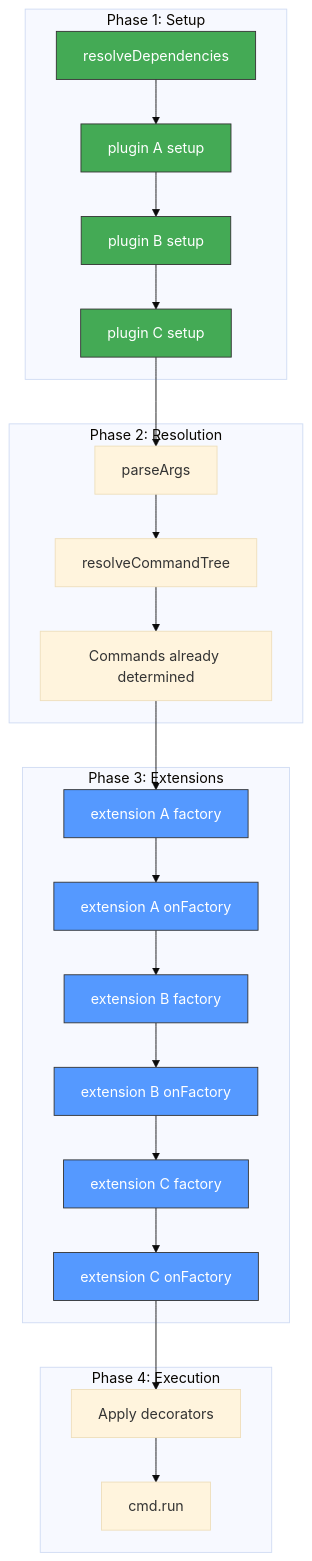
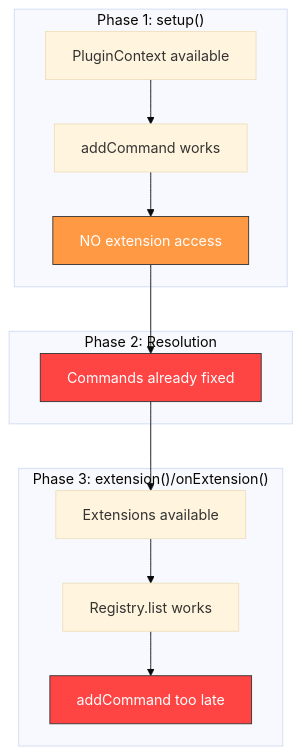
One commit to rektide/gunshi-mcp changed the fourth of 6 diagrams in doc/discovery/gunshi-lifecycle.md. Above: the diagram before and after it, drawn with Mermaid (base theme). The commit also changed other lines of this file, not shown here.

````diff
--- a/doc/discovery/gunshi-lifecycle.md
+++ b/doc/discovery/gunshi-lifecycle.md
@@ -146,40 +132,24 @@
 ```mermaid
 flowchart TB
-    subgraph "Phase 1: Setup"
-        A[resolveDependencies] --> B[plugin A setup]
-        B --> C[plugin B setup]
-        C --> D[plugin C setup]
+    subgraph "Phase 1: setup()"
+        A[PluginContext available]
+        B[addCommand works]
+        C[NO extension access]
     end
-
+    
     subgraph "Phase 2: Resolution"
-        E[parseArgs] --> F[resolveCommandTree]
-        F --> G[Commands already determined]
+        D[Commands already fixed]
     end
-
-    subgraph "Phase 3: Extensions"
-        H[extension A factory] --> I[extension A onFactory]
-        I --> J[extension B factory]
-        J --> K[extension B onFactory]
-        K --> L[extension C factory]
-        L --> M[extension C onFactory]
+    
+    subgraph "Phase 3: extension()/onExtension()"
+        E[Extensions available]
+        F[Registry.list works]
+        G[addCommand too late]
     end
-
-    subgraph "Phase 4: Execution"
-        N[Apply decorators] --> O[cmd.run]
-    end
-
-    D --> E
-    G --> H
-    M --> N
-
-    style A fill:#4a5,stroke:#333,color:#fff
-    style B fill:#4a5,stroke:#333,color:#fff
-    style C fill:#4a5,stroke:#333,color:#fff
-    style D fill:#4a5,stroke:#333,color:#fff
-    style H fill:#59f,stroke:#333,color:#fff
-    style I fill:#59f,stroke:#333,color:#fff
-    style J fill:#59f,stroke:#333,color:#fff
-    style K fill:#59f,stroke:#333,color:#fff
-    style L fill:#59f,stroke:#333,color:#fff
-    style M fill:#59f,stroke:#333,color:#fff
+    
+    A --> B --> C --> D --> E --> F --> G
+    
+    style C fill:#f94,stroke:#333,color:#fff
+    style D fill:#f44,stroke:#333,color:#fff
+    style G fill:#f44,stroke:#333,color:#fff
 ```
````
